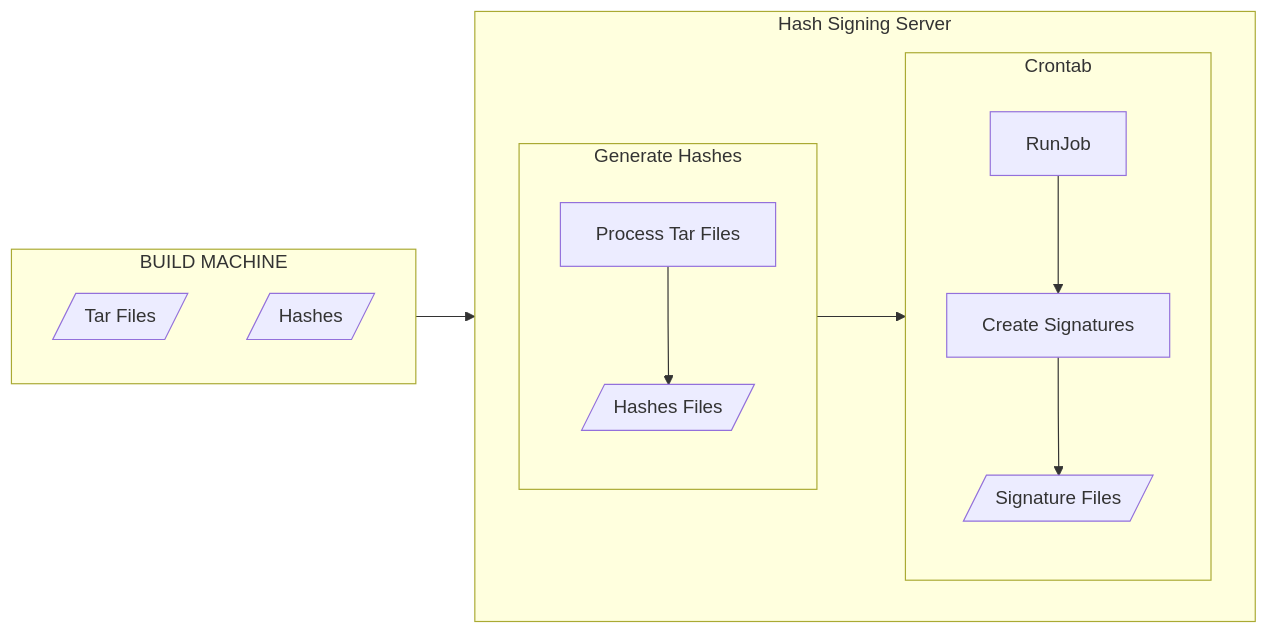
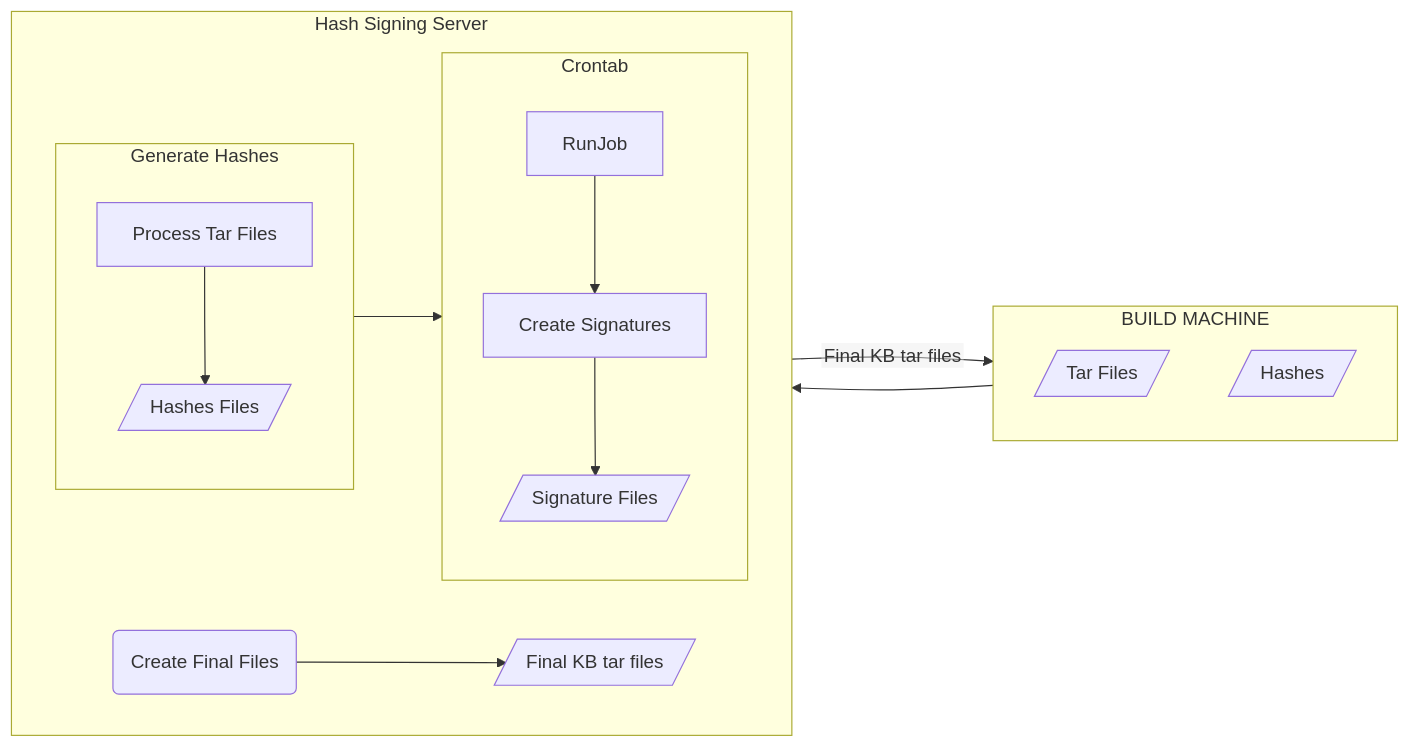
The diagram in README.md (lopezji/test-repository), drawn with Mermaid before and after one commit.

Commit message:
Working diagrams

````diff
--- a/README.md
+++ b/README.md
@@ -4,30 +4,33 @@
 ```mermaid
 %%{init: {"flowchart": {"htmlLabels": false}} }%%
 flowchart LR
     subgraph a["BUILD MACHINE"]
         direction TB
             a1[/Tar Files/]
             a2[/Hashes/]
     end
 
      subgraph b["Hash Signing Server"]
         direction LR
             subgraph b1[Generate Hashes]
                 direction TB
                  b11[Process Tar Files] --> b12[/Hashes Files/]
             end
 
             subgraph Crontab
                 direction TB 
                 RunJob --> b2[Create Signatures]
                 b2 --> b3[/Signature Files/]
             end 
 
+            c1("Create Final Files") --> c2[/Final KB tar files/]
 
 
-            b1 --> Crontab
+            b12 --> Crontab
             
      end               
 
      a --> b
+
+     b -- "Final KB tar files" --> a
 ```
````
